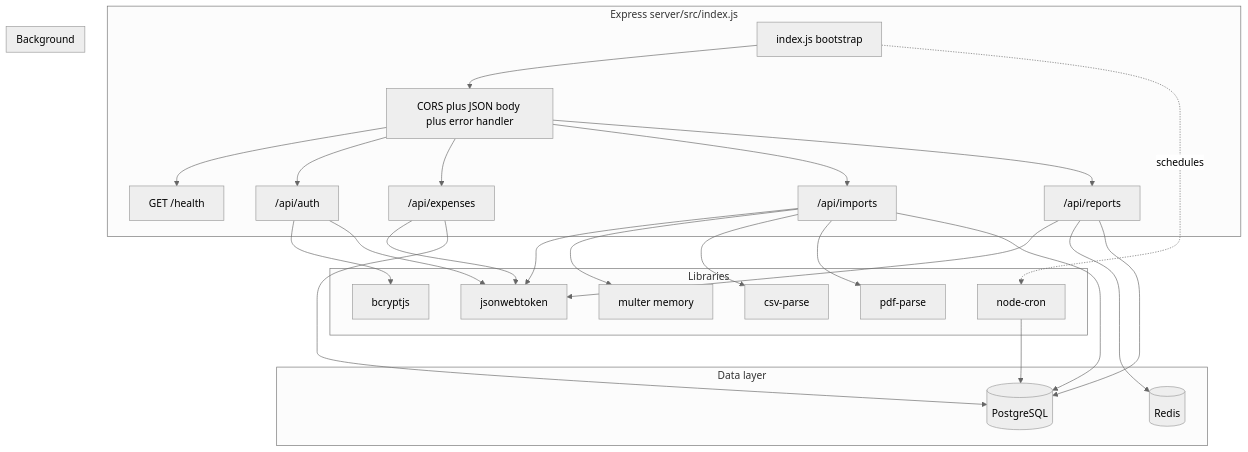
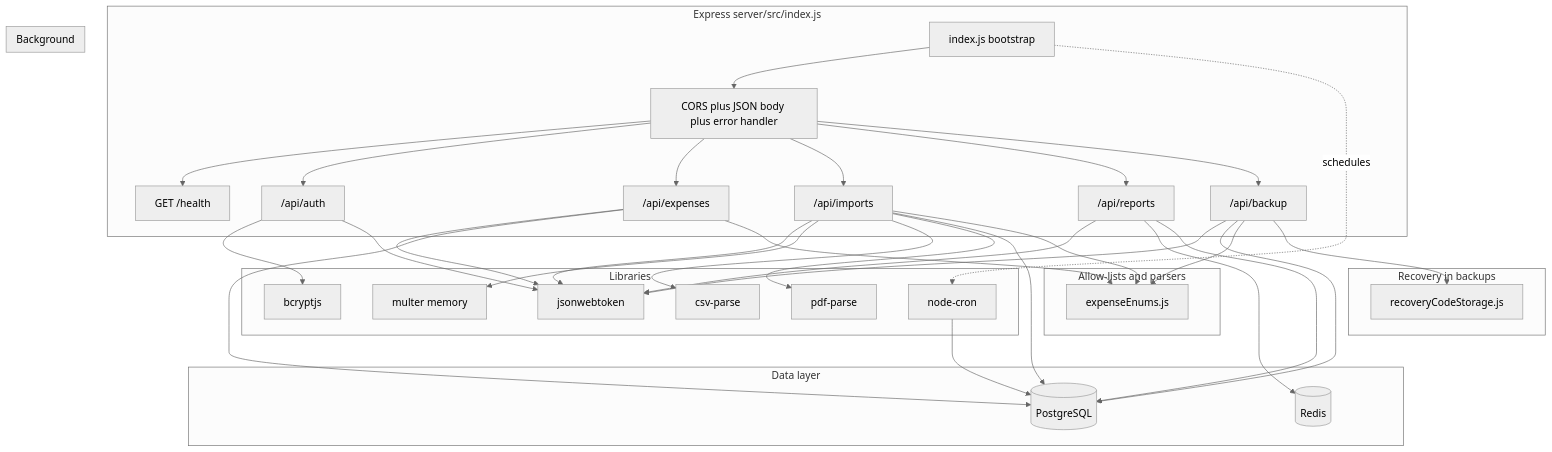
Before and after one commit to becomeonewiththecode/expense_tracker: the sixth of 16 diagrams in docs/ARCHITECTURE_DIAGRAM.md, drawn with Mermaid (neutral theme). The commit also changed other lines of this file and 18 other files, not shown here.

````diff
--- a/docs/ARCHITECTURE_DIAGRAM.md
+++ b/docs/ARCHITECTURE_DIAGRAM.md
@@ -150,51 +150,67 @@
 ```mermaid
 flowchart TB
   subgraph api [Express server/src/index.js]
     BOOT[index.js bootstrap]
     MW[CORS plus JSON body plus error handler]
     R0["GET /health"]
     R1["/api/auth"]
     R2["/api/expenses"]
     R3["/api/imports"]
     R4["/api/reports"]
+    R5["/api/backup"]
     BOOT --> MW
     MW --> R0
     MW --> R1
     MW --> R2
     MW --> R3
     MW --> R4
+    MW --> R5
   end
 
   subgraph libs [Libraries]
     JWT[jsonwebtoken]
     BC[bcryptjs]
     MP[multer memory]
     CSV[csv-parse]
     PDF[pdf-parse]
     CC[node-cron]
   end
 
   subgraph data [Data layer]
     PG[(PostgreSQL)]
     RDX[(Redis)]
   end
 
   R1 --> BC
   R1 --> JWT
   R2 --> JWT
   R3 --> JWT
   R3 --> MP
   R3 --> CSV
   R3 --> PDF
   R4 --> JWT
+  R5 --> JWT
   R4 --> RDX
   R2 --> PG
   R3 --> PG
   R4 --> PG
+  R5 --> PG
+
+  subgraph enumHelpers [Allow-lists and parsers]
+    EE[expenseEnums.js]
+  end
+  R2 --> EE
+  R3 --> EE
+  R5 --> EE
+
+  subgraph recovery [Recovery in backups]
+    RCS[recoveryCodeStorage.js]
+  end
+  R5 --> RCS
 
   subgraph job [Background]
     CC --> PG
   end
 
   BOOT -.->|schedules| CC
 ```
````
